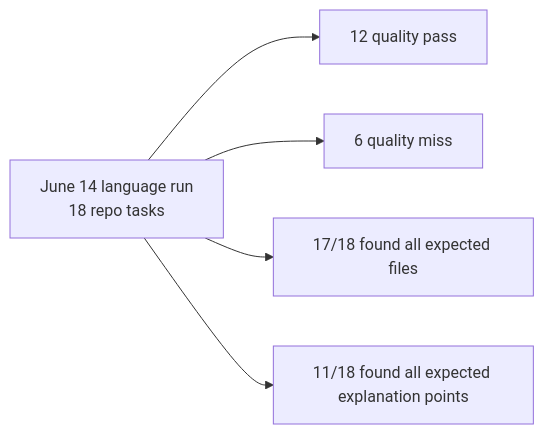
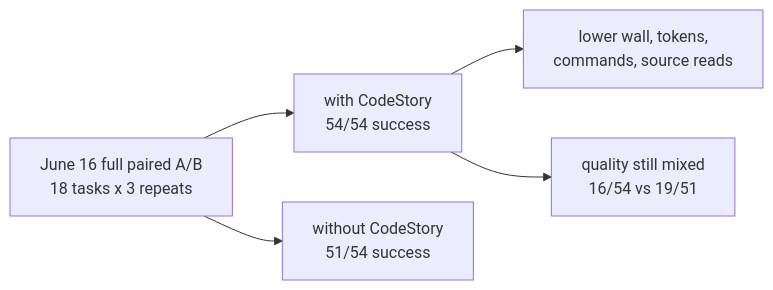
The diagram in docs/testing/benchmark-ledger.md (TheGreenCedar/CodeStory), drawn with Mermaid before and after one commit. The commit also changed other lines of this file and 2 other files, not shown here.

First line of the commit message:
redocument language support

````diff
--- a/docs/testing/benchmark-ledger.md
+++ b/docs/testing/benchmark-ledger.md
@@ -31,12 +32,12 @@
 ```mermaid
 flowchart LR
-    run["June 14 language run<br/>18 repo tasks"]
-    pass["12 quality pass"]
-    miss["6 quality miss"]
-    files["17/18 found all expected files"]
-    claims["11/18 found all expected explanation points"]
-    run --> pass
-    run --> miss
-    run --> files
-    run --> claims
+    run["June 16 full paired A/B<br/>18 tasks x 3 repeats"]
+    cs["with CodeStory<br/>54/54 success"]
+    base["without CodeStory<br/>51/54 success"]
+    ops["lower wall, tokens,<br/>commands, source reads"]
+    quality["quality still mixed<br/>16/54 vs 19/51"]
+    run --> cs
+    run --> base
+    cs --> ops
+    cs --> quality
 ```
````
